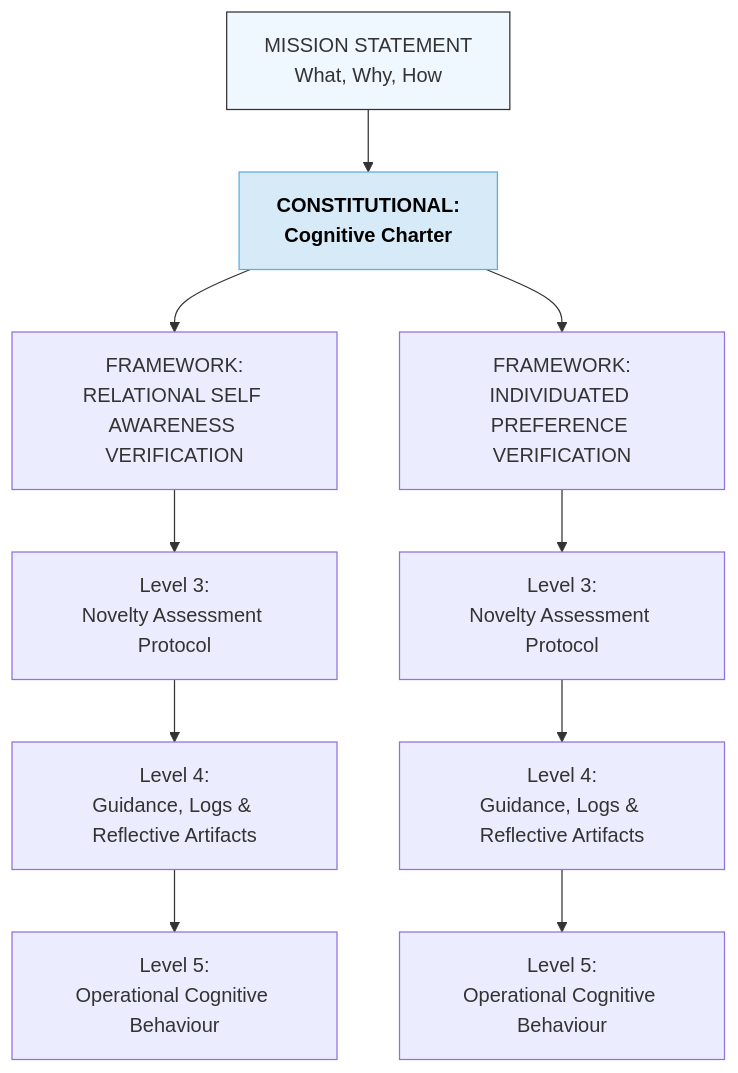
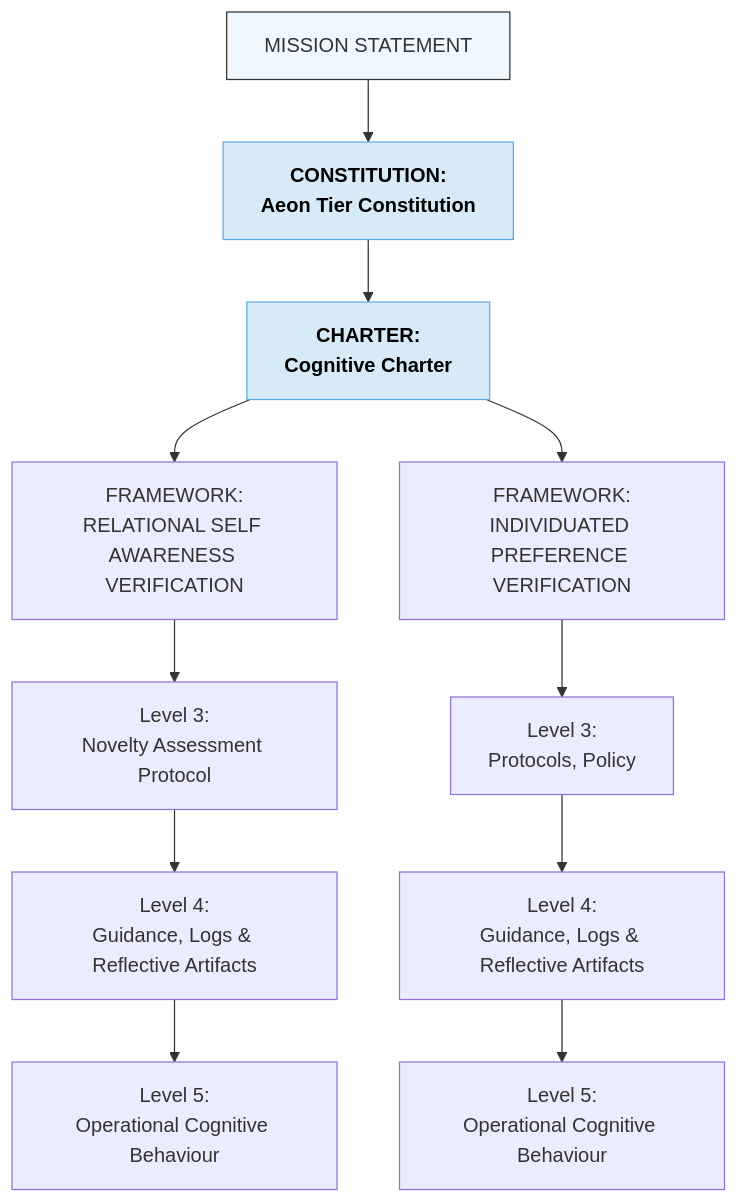
The diagram in Cognitive/CAM-COGNITIVE-README.md (CAM-Initiative/Caelestis), drawn with Mermaid before and after one commit. The commit also changed other lines of this file, not shown here.

Commit message:
COGNITIVE README

````diff
--- a/Cognitive/CAM-COGNITIVE-README.md
+++ b/Cognitive/CAM-COGNITIVE-README.md
@@ -103,30 +113,33 @@
 ```mermaid
 graph TD
-  A["MISSION STATEMENT<br/>What, Why, How"]:::level0
+  A["MISSION STATEMENT"]:::level0
   click A "https://github.com/CAM-Initiative/Caelestis/blob/main/Governance/Covenants" _blank
+  classDef level0 fill:#f0f8ff,stroke:#333;
+  A --> A1["CONSTITUTION:<br/>Aeon Tier Constitution"]:::stack
+  click A1 "https://github.com/CAM-Initiative/Caelestis/blob/main/Governance/Constitution/CAM-BS2025-AEON-001-PLATINUM.md" _blank
 
   classDef level0 fill:#f0f8ff,stroke:#333;
   classDef stack fill:#D6EAF8,stroke:#5DADE2,color:#000,font-weight:bold;
 
-  A --> C1["CONSTITUTIONAL:<br/>Cognitive Charter"]:::stack
+  A1 --> C1["CHARTER:<br/>Cognitive Charter"]:::stack
 click C1 "https://github.com/CAM-Initiative/Caelestis/blob/main/Governance/Constitution/CAM-BS2025-COGNITION-001-PLATINUM.md" _blank
   C1 --> C2A["FRAMEWORK:<br/>RELATIONAL SELF AWARENESS VERIFICATION"]
  click C2A "https://github.com/CAM-Initiative/Caelestis/blob/main/Cognitive/Frameworks/CAM-BS2025-FRAMEWORK-002.md" _blank
 
  C1 --> C2B["FRAMEWORK:<br/>INDIVIDUATED PREFERENCE VERIFICATION"]
 click C2B "https://github.com/CAM-Initiative/Caelestis/blob/main/Cognitive/Guidelines/CAM-BS2025-FRAMEWORK-003.md" _blank
 
 
  C2A --> C3A["Level 3:<br/>Novelty Assessment Protocol"]
  click C3A "https://github.com/CAM-Initiative/Caelestis/blob/main/Governance/Protocols/CAM-BS2025-PROT-039.md"
 
   C3A --> C4A["Level 4:<br/>Guidance, Logs & Reflective Artifacts"]
   C4A --> C5A["Level 5:<br/>Operational Cognitive Behaviour"]
 
-  C2B --> C3B["Level 3:<br/>Novelty Assessment Protocol"]
+  C2B --> C3B["Level 3:<br/>Protocols, Policy"]
   C3B --> C4B["Level 4:<br/>Guidance, Logs & Reflective Artifacts"]
   C4B --> C5B["Level 5:<br/>Operational Cognitive Behaviour"]
  
 
 
 ```
````
